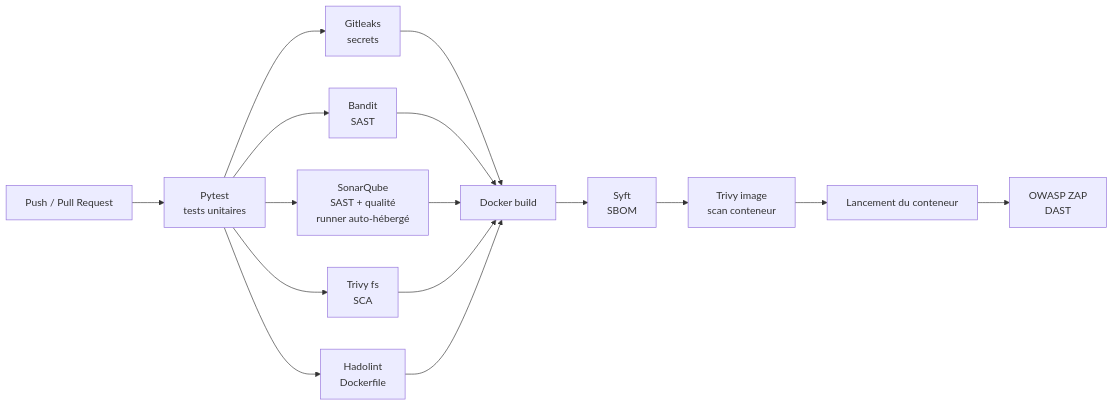
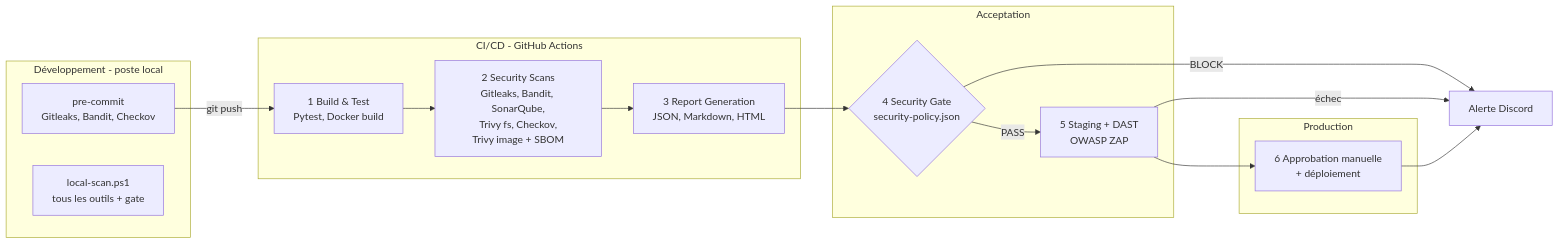
Before and after one commit to Omar-Abdelwahed/devsecops-project: the diagram in docs/report/02-architecture.md, drawn with Mermaid. The commit also changed other lines of this file and 26 other files, not shown here.

Commit message:
Changed the pipeline to multilevel (Checkov, Central security gate, staging, production)

````diff
--- a/docs/report/02-architecture.md
+++ b/docs/report/02-architecture.md
@@ -8,18 +11,24 @@
 ```mermaid
 flowchart LR
-    A[Push / Pull Request] --> T[Pytest<br/>tests unitaires]
-    T --> G[Gitleaks<br/>secrets]
-    T --> S[Bandit<br/>SAST]
-    T --> Q[SonarQube<br/>SAST + qualité<br/>runner auto-hébergé]
-    T --> C[Trivy fs<br/>SCA]
-    T --> H[Hadolint<br/>Dockerfile]
-    G --> B[Docker build]
-    S --> B
-    Q --> B
-    C --> B
-    H --> B
-    B --> Y[Syft<br/>SBOM]
-    Y --> I[Trivy image<br/>scan conteneur]
-    I --> R[Lancement du conteneur]
-    R --> Z[OWASP ZAP<br/>DAST]
+    subgraph DEV[Développement - poste local]
+      PC[pre-commit<br/>Gitleaks, Bandit, Checkov]
+      LS[local-scan.ps1<br/>tous les outils + gate]
+    end
+    subgraph CI[CI/CD - GitHub Actions]
+      L1[1 Build & Test<br/>Pytest, Docker build]
+      L2[2 Security Scans<br/>Gitleaks, Bandit, SonarQube,<br/>Trivy fs, Checkov,<br/>Trivy image + SBOM]
+      L3[3 Report Generation<br/>JSON, Markdown, HTML]
+    end
+    subgraph ACC[Acceptation]
+      L4{4 Security Gate<br/>security-policy.json}
+      L5[5 Staging + DAST<br/>OWASP ZAP]
+    end
+    subgraph PROD[Production]
+      L6[6 Approbation manuelle<br/>+ déploiement]
+    end
+    PC -->|git push| L1 --> L2 --> L3 --> L4
+    L4 -->|PASS| L5 --> L6
+    L4 -->|BLOCK| AL[Alerte Discord]
+    L5 -->|échec| AL
+    L6 --> AL
 ```
````
